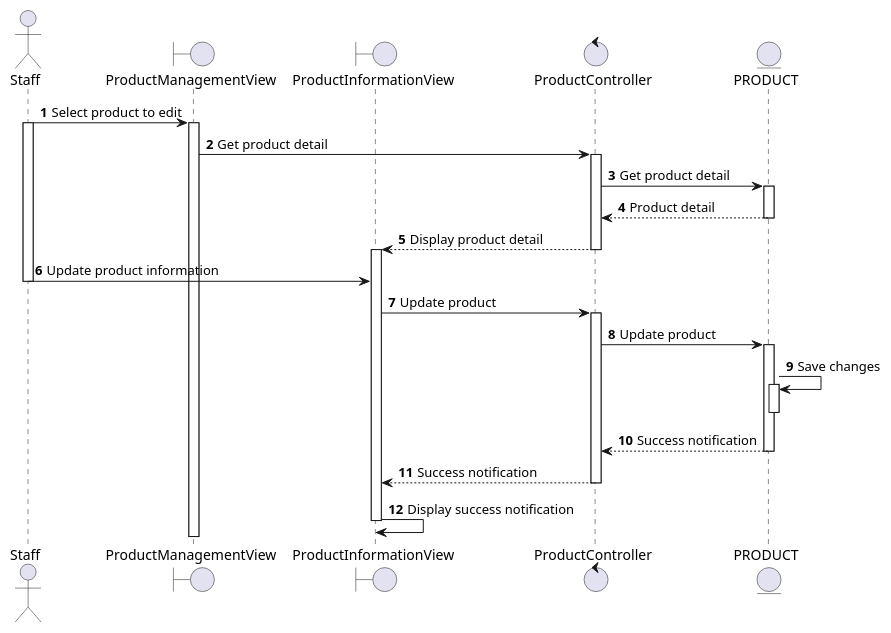
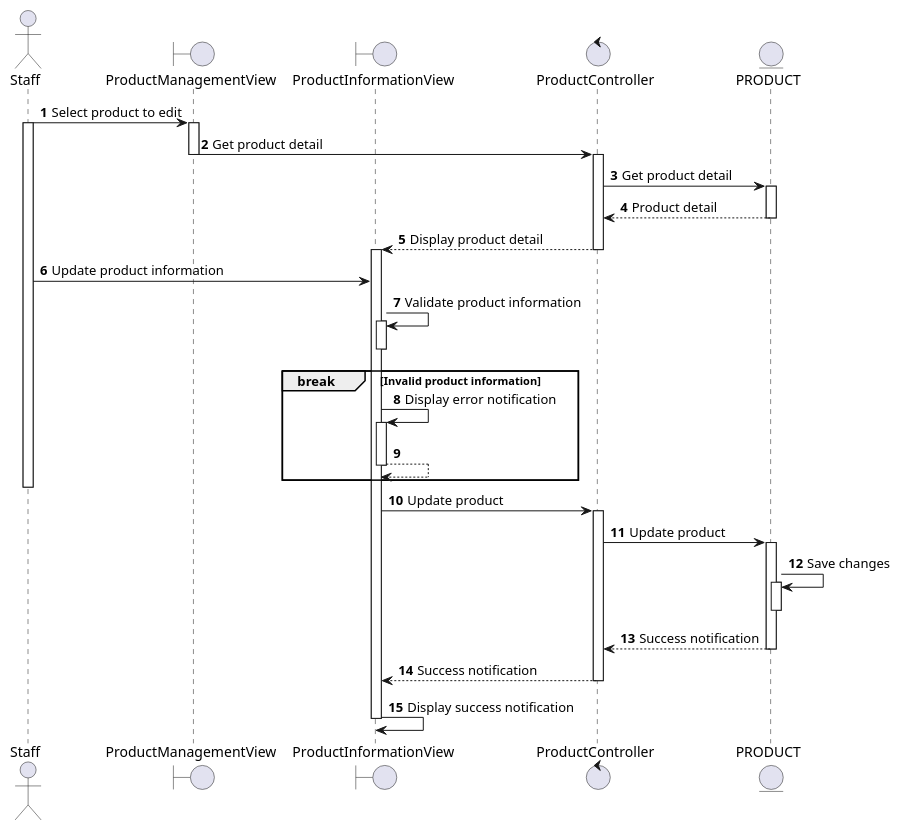
One commit to electricilies/electricilies.github.io changed the diagram in docs/docs/sequence/manage-product/change-product-detail.md. Above: the diagram before and after it, drawn with PlantUML. The commit also changed 2 other files, not shown here.

Commit message:
feat(product): enhance product information validation workflow

````diff
--- a/docs/docs/sequence/manage-product/change-product-detail.md
+++ b/docs/docs/sequence/manage-product/change-product-detail.md
@@ -3,40 +3,49 @@
 ```plantuml
 @startuml
 autonumber
 
 actor Staff as S
 boundary ProductManagementView as PMV
 boundary ProductInformationView as PIV
 control ProductController as PC
 entity PRODUCT as P
 
 S -> PMV: Select product to edit
 activate S
 activate PMV
 PMV -> PC: Get product detail
+deactivate PMV
 activate PC
 PC -> P: Get product detail
 activate P
 PC <-- P: Product detail
 deactivate P
 PIV <-- PC: Display product detail
 deactivate PC
 activate PIV
 S -> PIV: Update product information
+PIV -> PIV: Validate product information
+activate PIV
+deactivate PIV
+break Invalid product information
+  PIV -> PIV: Display error notification
+  activate PIV
+  return
+end
 deactivate S
 PIV -> PC: Update product
 activate PC
 PC -> P: Update product
 activate P
 P -> P: Save changes
 activate P
 deactivate P
 PC <-- P: Success notification
 deactivate P
 PIV <-- PC: Success notification
 deactivate PC
 PIV -> PIV: Display success notification
 deactivate PIV
 
 @enduml
 ```
````
